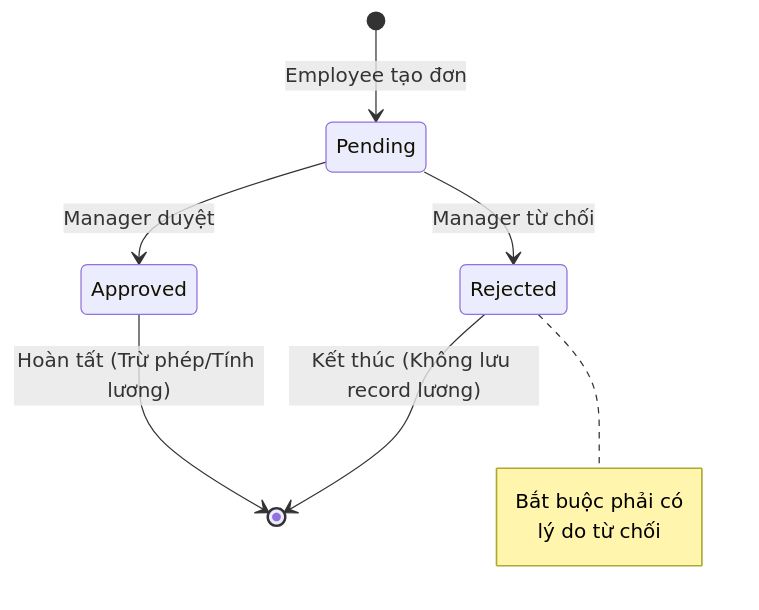
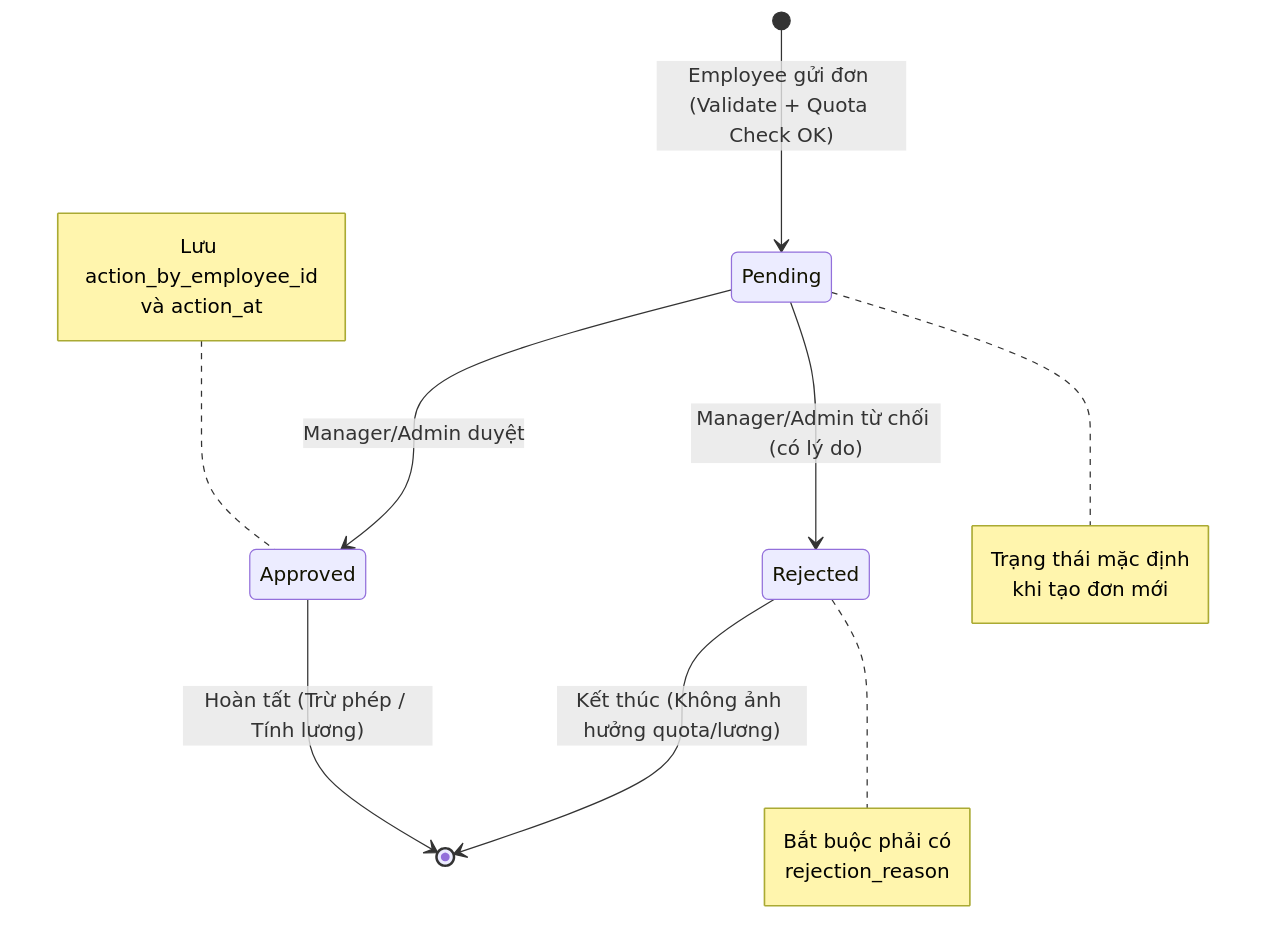
One commit to ChucAnhDai/HRMS-UTE changed the second of 3 diagrams in LEAVE_PROCESS_ANALYSIS.md. Above: the diagram before and after it, drawn with Mermaid. The commit also changed other lines of this file and 2 other files, not shown here.

````diff
--- a/LEAVE_PROCESS_ANALYSIS.md
+++ b/LEAVE_PROCESS_ANALYSIS.md
@@ -114,15 +167,25 @@
 ```mermaid
 stateDiagram-v2
-    [*] --> Pending : Employee tạo đơn
+    [*] --> Pending : Employee gửi đơn (Validate + Quota Check OK)
     
-    Pending --> Approved : Manager duyệt
-    Pending --> Rejected : Manager từ chối
+    Pending --> Approved : Manager/Admin duyệt
+    Pending --> Rejected : Manager/Admin từ chối (có lý do)
     
-    Approved --> [*] : Hoàn tất (Trừ phép/Tính lương)
-    Rejected --> [*] : Kết thúc (Không lưu record lương)
+    Approved --> [*] : Hoàn tất (Trừ phép / Tính lương)
+    Rejected --> [*] : Kết thúc (Không ảnh hưởng quota/lương)
     
+    note right of Pending
+      Trạng thái mặc định
+      khi tạo đơn mới
+    end note
+
     note right of Rejected
       Bắt buộc phải có
-      lý do từ chối
+      rejection_reason
+    end note
+
+    note left of Approved
+      Lưu action_by_employee_id
+      và action_at
     end note
 ```
````
